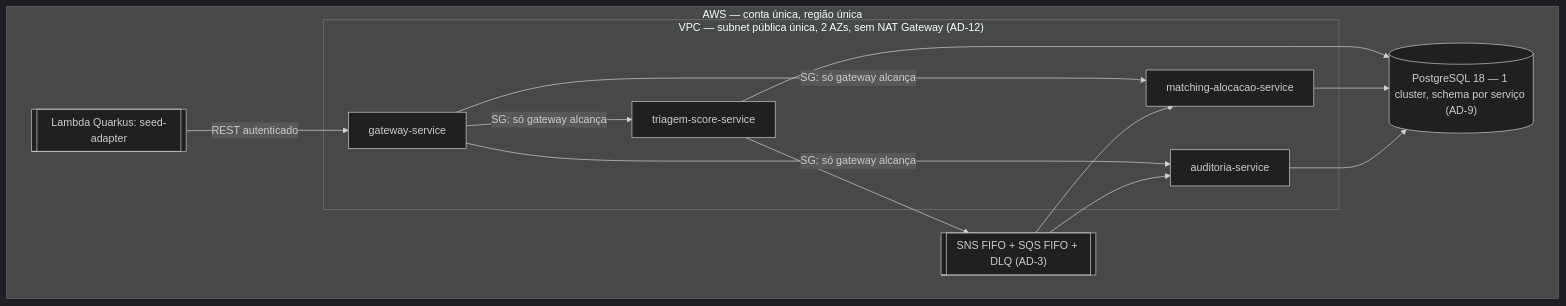
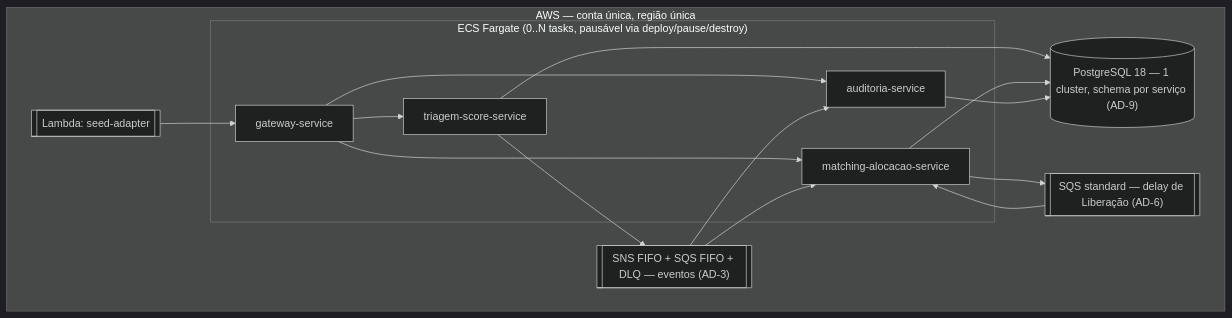
One commit to thiagohaf/adjt-fase5-fila-justa changed the first of 2 diagrams in _bmad-output/planning-artifacts/architecture/architecture-Fase5-2026-09-06/ARCHITECTURE-SPINE.md. Above: the diagram before and after it, drawn with Mermaid (dark theme). The commit also changed other lines of this file and 3 other files, not shown here.

````diff
--- a/_bmad-output/planning-artifacts/architecture/architecture-Fase5-2026-09-06/ARCHITECTURE-SPINE.md
+++ b/_bmad-output/planning-artifacts/architecture/architecture-Fase5-2026-09-06/ARCHITECTURE-SPINE.md
@@ -149,24 +140,27 @@
 ```mermaid
 graph TB
   subgraph AWS["AWS — conta única, região única"]
-    subgraph VPC["VPC — subnet pública única, 2 AZs, sem NAT Gateway (AD-12)"]
+    subgraph ECS["ECS Fargate (0..N tasks, pausável via deploy/pause/destroy)"]
       GWc[gateway-service]
       TSc[triagem-score-service]
       MAc[matching-alocacao-service]
       AUc[auditoria-service]
     end
     PG[("PostgreSQL 18 — 1 cluster, schema por serviço (AD-9)")]
-    SNSQ[["SNS FIFO + SQS FIFO + DLQ (AD-3)"]]
-    LM[["Lambda Quarkus: seed-adapter"]]
+    SNSQ[["SNS FIFO + SQS FIFO + DLQ — eventos (AD-3)"]]
+    DELQ[["SQS standard — delay de Liberação (AD-6)"]]
+    LM[["Lambda: seed-adapter"]]
   end
-  GWc -->|"SG: só gateway alcança"| TSc
-  GWc -->|"SG: só gateway alcança"| MAc
-  GWc -->|"SG: só gateway alcança"| AUc
+  GWc --> TSc
+  GWc --> MAc
+  GWc --> AUc
   TSc --> PG
   MAc --> PG
   AUc --> PG
   TSc --> SNSQ
   SNSQ --> MAc
   SNSQ --> AUc
-  LM -->|"REST autenticado"| GWc
+  MAc --> DELQ
+  DELQ --> MAc
+  LM --> GWc
 ```
````
